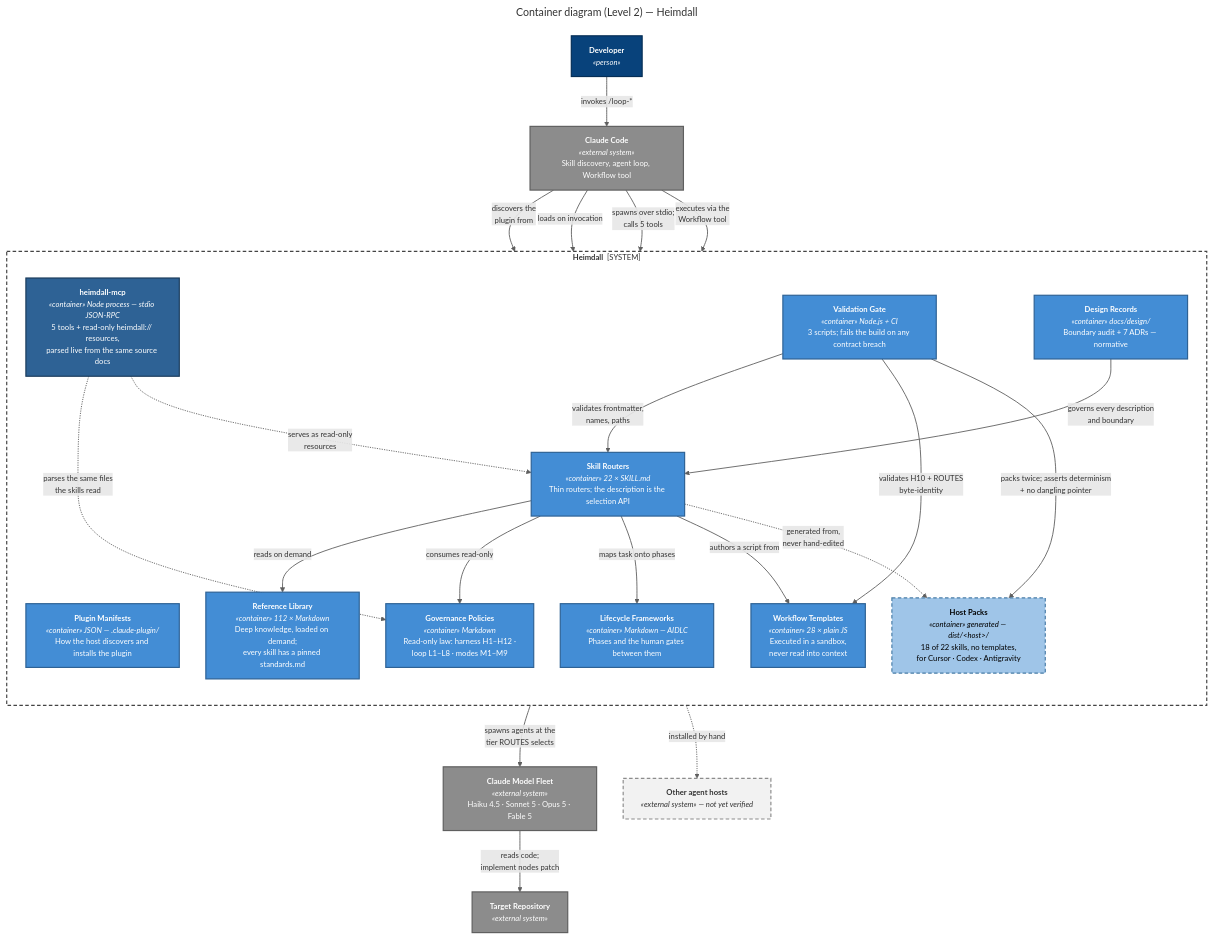
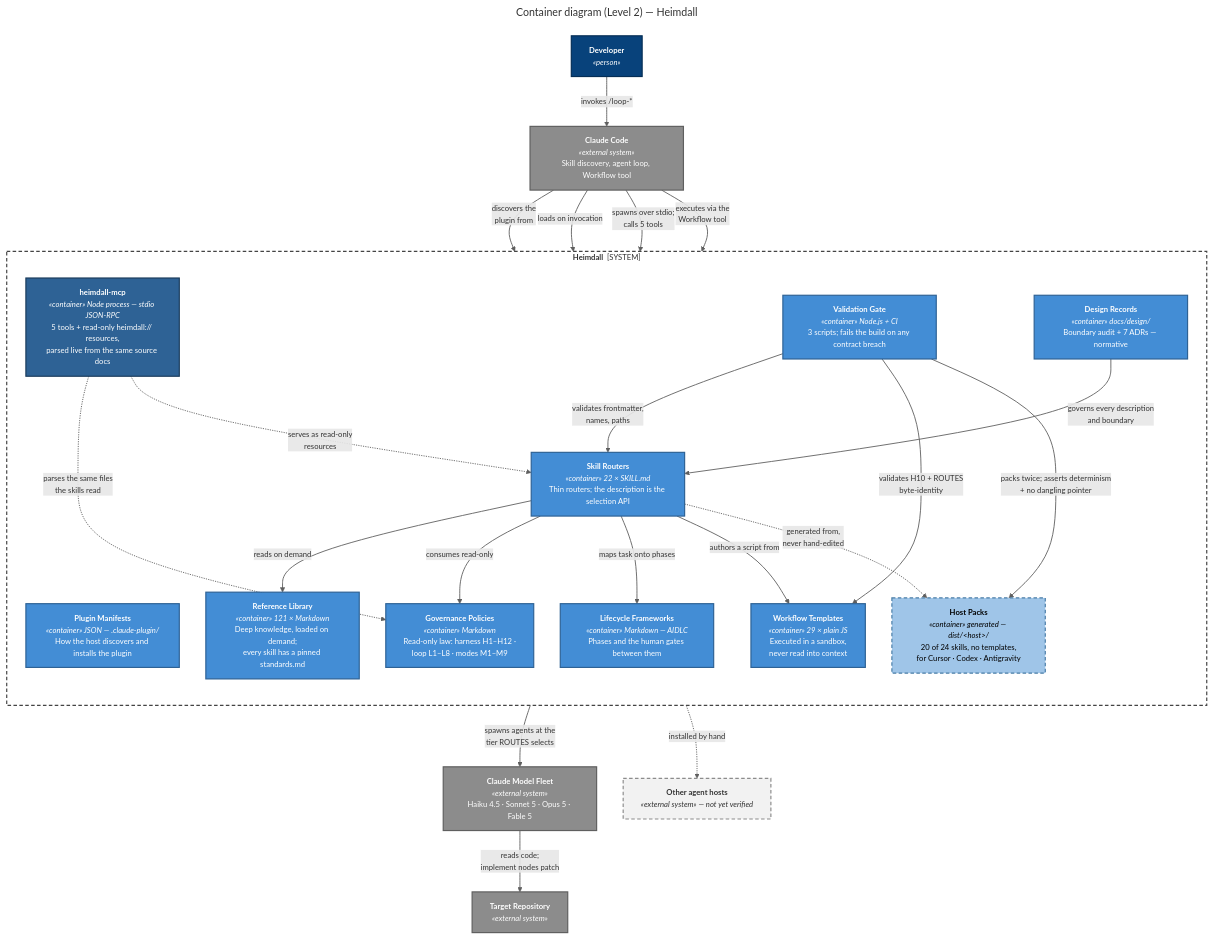
One commit to santapong/Proof changed the diagram in docs/c4/diagrams/src/container.mmd. Above: the diagram before and after it, drawn with Mermaid. The commit also changed 16 other files, not shown here.

First line of the commit message:
Diagrams: redesign skill-composition for the 24-skill fleet; de-stale all sources

```diff
--- a/docs/c4/diagrams/src/container.mmd
+++ b/docs/c4/diagrams/src/container.mmd
@@ -1,60 +1,60 @@
 ---
 title: "Container diagram (Level 2) — Heimdall"
 ---
 %%{init: {"flowchart": {"curve": "basis", "nodeSpacing": 45, "rankSpacing": 65}, "themeVariables": {"fontFamily": "Segoe UI, Helvetica, Arial, sans-serif", "fontSize": "13px"}}}%%
 flowchart TB
     dev["<b>Developer</b><br/><i>«person»</i>"]
     cc["<b>Claude Code</b><br/><i>«external system»</i><br/>Skill discovery, agent loop, Workflow tool"]
 
     subgraph hd["<b>Heimdall</b> &nbsp;[SYSTEM]"]
         direction TB
         manifest["<b>Plugin Manifests</b><br/><i>«container» JSON — .claude-plugin/</i><br/>How the host discovers and installs the plugin"]
         routers["<b>Skill Routers</b><br/><i>«container» 22 × SKILL.md</i><br/>Thin routers; the description is the selection API"]
-        refs["<b>Reference Library</b><br/><i>«container» 112 × Markdown</i><br/>Deep knowledge, loaded on demand;<br/>every skill has a pinned standards.md"]
-        templates["<b>Workflow Templates</b><br/><i>«container» 28 × plain JS</i><br/>Executed in a sandbox,<br/>never read into context"]
+        refs["<b>Reference Library</b><br/><i>«container» 121 × Markdown</i><br/>Deep knowledge, loaded on demand;<br/>every skill has a pinned standards.md"]
+        templates["<b>Workflow Templates</b><br/><i>«container» 29 × plain JS</i><br/>Executed in a sandbox,<br/>never read into context"]
         policy["<b>Governance Policies</b><br/><i>«container» Markdown</i><br/>Read-only law: harness H1–H12 ·<br/>loop L1–L8 · modes M1–M9"]
         frameworks["<b>Lifecycle Frameworks</b><br/><i>«container» Markdown — AIDLC</i><br/>Phases and the human gates between them"]
         design["<b>Design Records</b><br/><i>«container» docs/design/</i><br/>Boundary audit + 7 ADRs — normative"]
         mcp["<b>heimdall-mcp</b><br/><i>«container» Node process — stdio JSON-RPC</i><br/>5 tools + read-only heimdall:// resources,<br/>parsed live from the same source docs"]
         gate["<b>Validation Gate</b><br/><i>«container» Node.js + CI</i><br/>3 scripts; fails the build on any contract breach"]
-        packs["<b>Host Packs</b><br/><i>«container» generated — dist/&lt;host&gt;/</i><br/>18 of 22 skills, no templates,<br/>for Cursor · Codex · Antigravity"]
+        packs["<b>Host Packs</b><br/><i>«container» generated — dist/&lt;host&gt;/</i><br/>20 of 24 skills, no templates,<br/>for Cursor · Codex · Antigravity"]
     end
 
     fleet["<b>Claude Model Fleet</b><br/><i>«external system»</i><br/>Haiku 4.5 · Sonnet 5 · Opus 5 · Fable 5"]
     repo["<b>Target Repository</b><br/><i>«external system»</i>"]
     hosts["<b>Other agent hosts</b><br/><i>«external system» — not yet verified</i>"]
 
     dev -- "invokes /loop-*" --> cc
     cc -- "discovers the<br/>plugin from" --> manifest
     cc -- "loads on invocation" --> routers
     cc -- "spawns over stdio;<br/>calls 5 tools" --> mcp
     routers -- "reads on demand" --> refs
     routers -- "consumes read-only" --> policy
     routers -- "maps task onto phases" --> frameworks
     routers -- "authors a script from" --> templates
     cc -- "executes via the<br/>Workflow tool" --> templates
     templates -- "spawns agents at the<br/>tier ROUTES selects" --> fleet
     fleet -- "reads code;<br/>implement nodes patch" --> repo
     mcp -. "parses the same files<br/>the skills read" .-> policy
     mcp -. "serves as read-only<br/>resources" .-> routers
     gate -- "validates frontmatter,<br/>names, paths" --> routers
     gate -- "validates H10 + ROUTES<br/>byte-identity" --> templates
     gate -- "packs twice; asserts determinism<br/>+ no dangling pointer" --> packs
     design -- "governs every description<br/>and boundary" --> routers
     routers -. "generated from,<br/>never hand-edited" .-> packs
     packs -. "installed by hand" .-> hosts
 
     classDef person fill:#08427B,stroke:#052E56,stroke-width:2px,color:#fff
     classDef container fill:#438DD5,stroke:#2E6295,stroke-width:2px,color:#fff
     classDef process fill:#2E6295,stroke:#1B3C5C,stroke-width:2px,color:#fff
     classDef generated fill:#9FC5E8,stroke:#4A7EA8,stroke-width:2px,stroke-dasharray:6 4,color:#000
     classDef ext fill:#8C8C8C,stroke:#5F5F5F,stroke-width:2px,color:#fff
     classDef planned fill:#F2F2F2,stroke:#8C8C8C,stroke-width:2px,stroke-dasharray:6 4,color:#333
     class dev person
     class manifest,routers,refs,templates,policy,frameworks,design,gate container
     class mcp process
     class packs generated
     class cc,fleet,repo ext
     class hosts planned
     style hd fill:none,stroke:#444444,stroke-width:2px,stroke-dasharray:6 4
     linkStyle default stroke:#5F5F5F,stroke-width:1.5px,color:#333
```
